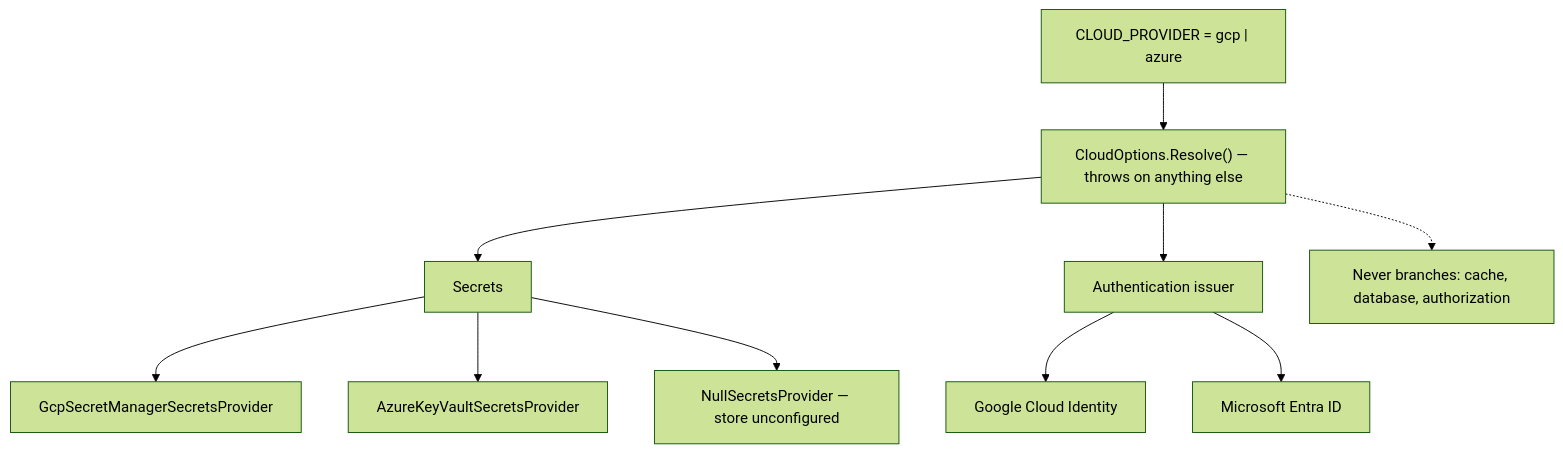
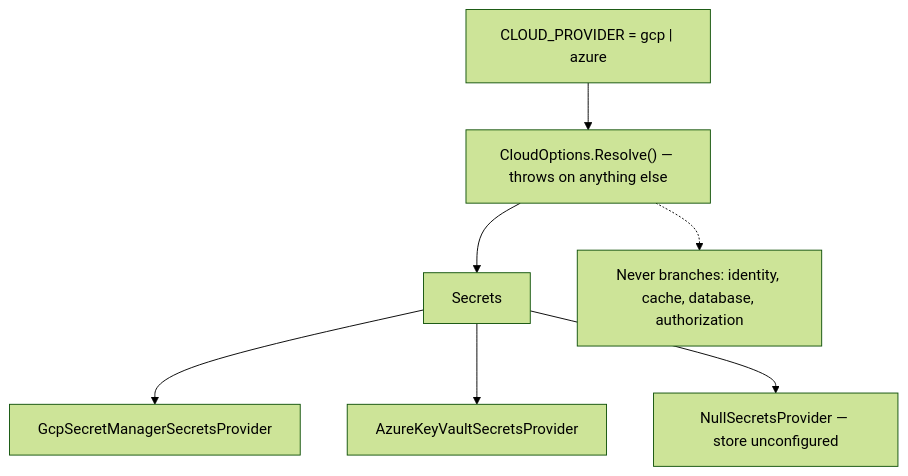
The sixth of 8 diagrams in docs/architecture.md (Emadkhanqai/aj-boilerplate-fs), drawn with Mermaid (forest theme) before and after one commit. The commit also changed other lines of this file and 22 other files, not shown here.

````diff
--- a/docs/architecture.md
+++ b/docs/architecture.md
@@ -872,12 +919,9 @@
 ```mermaid
 flowchart TD
   ENV["CLOUD_PROVIDER = gcp | azure"] --> RES["CloudOptions.Resolve() — throws on anything else"]
   RES --> S["Secrets"]
-  RES --> A["Authentication issuer"]
   S --> SG["GcpSecretManagerSecretsProvider"]
   S --> SA["AzureKeyVaultSecretsProvider"]
   S --> SN["NullSecretsProvider — store unconfigured"]
-  A --> AG["Google Cloud Identity"]
-  A --> AA["Microsoft Entra ID"]
-  RES -.-> NB["Never branches: cache, database, authorization"]
+  RES -.-> NB["Never branches: identity, cache, database, authorization"]
 ```
````
